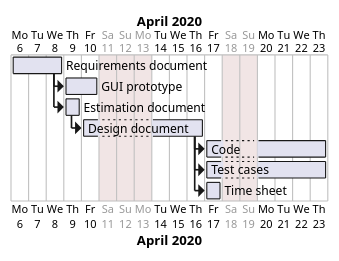
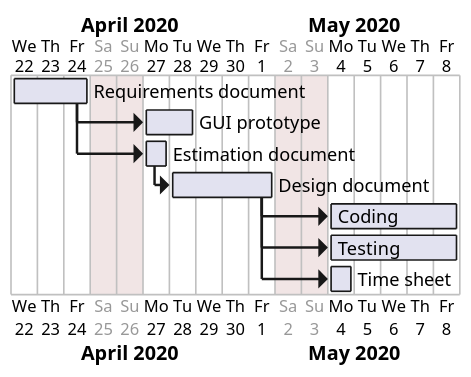
The diagram in docs/Estimation.md (SE2-group4/SE1-project), drawn with PlantUML before and after one commit. The commit also changed other lines of this file, not shown here.

````diff
--- a/docs/Estimation.md
+++ b/docs/Estimation.md
@@ -63,27 +51,28 @@
 ```plantuml
 @startgantt
+scale 1.5
 
-Project starts the 2020/04/06
+Project starts the 2020/04/22
 
 saturday are closed
 sunday are closed
 2020/04/13 is closed
 
 [Requirements document] lasts 3 days
 [GUI prototype] lasts 2 days
 [Estimation document] lasts 1 days
 [Design document] lasts 4 days
-[Code] lasts 5 days
-[Test cases] lasts 5 days
+[Coding] lasts 5 days
+[Testing] lasts 5 days
 [Time sheet] lasts 1 days
 
 
 [GUI prototype] starts at [Requirements document]'s end
 [Estimation document] starts at [Requirements document]'s end
 [Design document] starts at [Estimation document]'s end
-[Code] starts at [Design document]'s end
-[Test cases] starts at [Design document]'s end
+[Coding] starts at [Design document]'s end
+[Testing] starts at [Design document]'s end
 [Time sheet] starts at [Design document]'s end
 
 @endgantt
 ```
````
